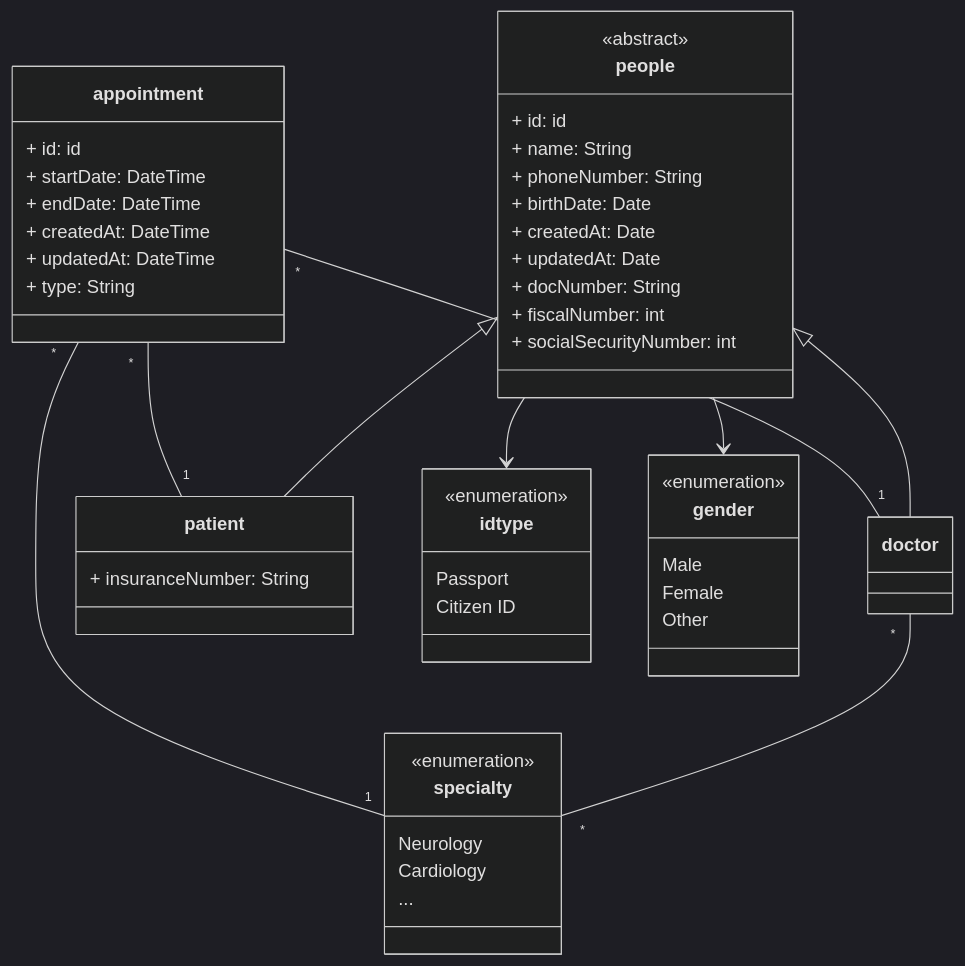
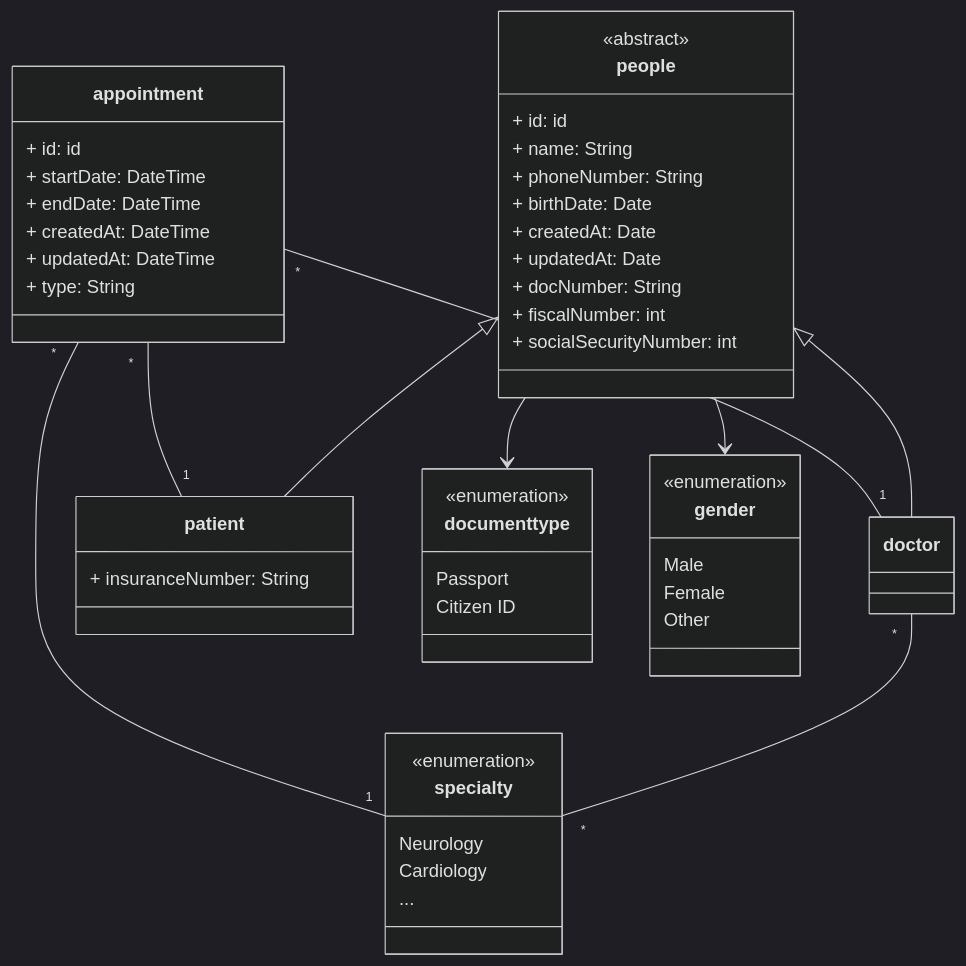
Before and after one commit to fimonteiro-deloitte/Porto-FullStack-HospitalEx: the diagram in UMLs/usecasediagram.mmd, drawn with Mermaid (dark theme). The commit also changed 5 other files, not shown here.

```diff
--- a/UMLs/usecasediagram.mmd
+++ b/UMLs/usecasediagram.mmd
@@ -1,65 +1,65 @@
 classDiagram
 
 people <|-- doctor
 people <|-- patient
 
 class people {
   <<abstract>>
   + id: id
   + name: String
   + phoneNumber: String
   + birthDate: Date
   + createdAt: Date
   + updatedAt: Date
   + docNumber: String
   + fiscalNumber: int
   + socialSecurityNumber: int
 }
 
 class doctor {
 }
 
 class patient {
   + insuranceNumber: String
 }
 
 
 class appointment {
   + id: id
   + startDate: DateTime
   + endDate: DateTime
   + createdAt: DateTime
   + updatedAt: DateTime 
   + type: String
 }
 
 class specialty {
     <<enumeration>>
     Neurology
     Cardiology
     ...
 }
 
- class idtype {
+ class documenttype {
     <<enumeration>>         
     Passport         
     Citizen ID            
   }
 
    class gender {
     <<enumeration>>         
     Male
     Female
     Other       
   }
 
 
 doctor "*" -- "*" specialty 
 appointment "*" -- "1" specialty
 
 
 appointment "*" -- "1" doctor
 appointment "*" -- "1" patient
 
-people --> idtype
+people --> documenttype
 people --> gender
```
